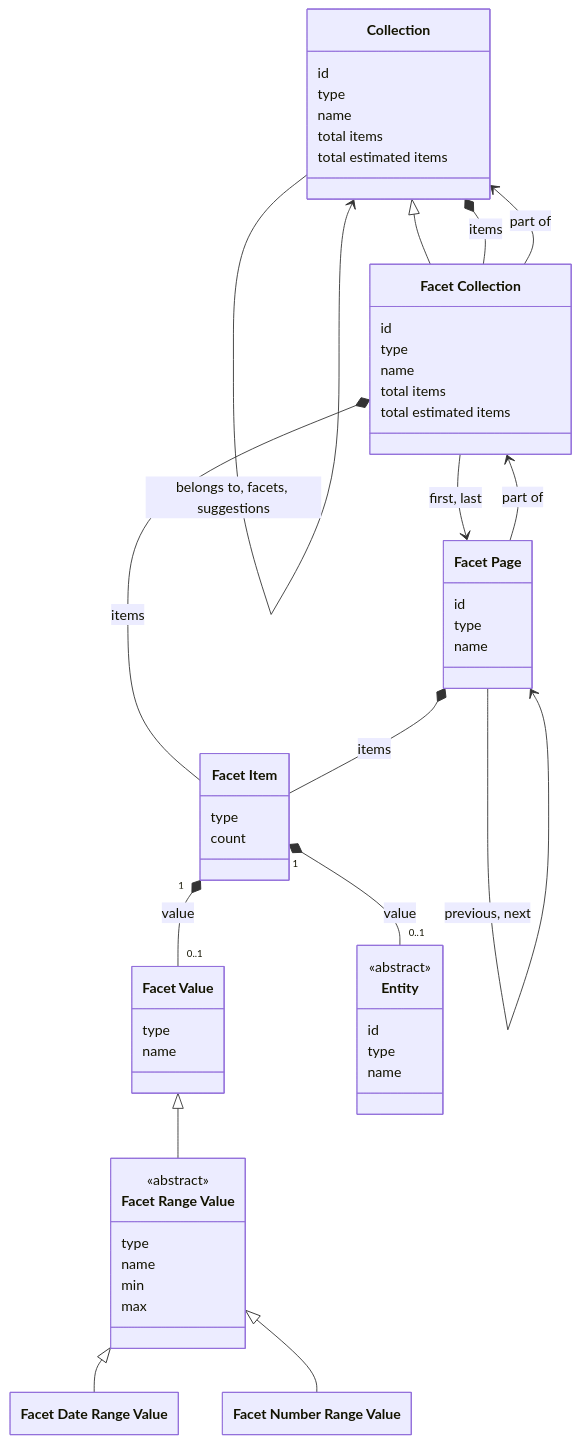
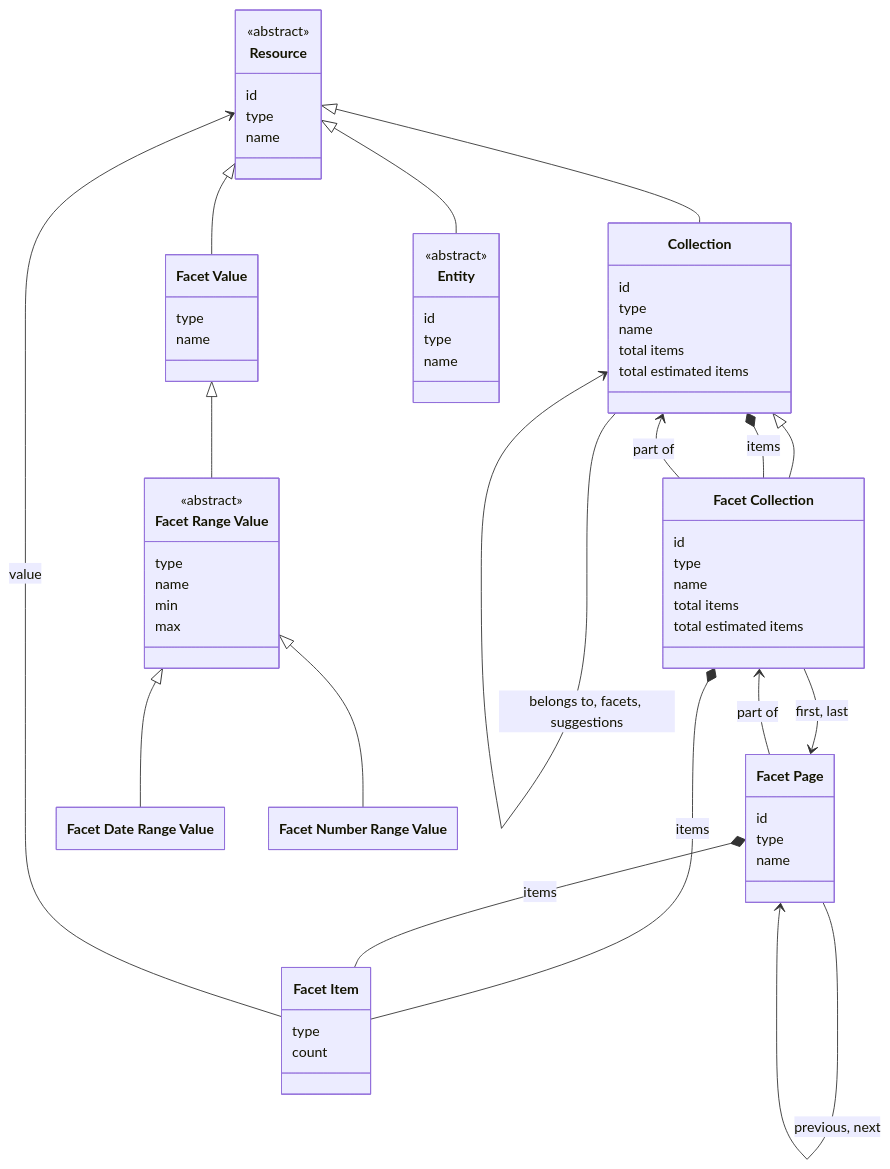
One commit to netwerk-digitaal-erfgoed/netwerk-digitaal-erfgoed.github.io changed the diagram in docs/requirements/data-layer-api/rest/facets.md. Above: the diagram before and after it, drawn with Mermaid. The commit also changed other lines of this file, not shown here.

Commit message:
docs(facets): refactor facet items to use Resource type

````diff
--- a/docs/requirements/data-layer-api/rest/facets.md
+++ b/docs/requirements/data-layer-api/rest/facets.md
@@ -38,73 +39,82 @@
 ```mermaid
 ---
   config:
     class:
       hideEmptyMembersBox: true
 ---
 classDiagram
+
+class Resource["Resource"] {
+  <<abstract>>
+  id
+  type
+  name
+}
 
 class Collection["Collection"] {
   id
   type
   name
   total items
   total estimated items
 }
 
 class FacetCollection["Facet Collection"] {
   id
   type
   name
   total items
   total estimated items
 }
 
 class FacetPage["Facet Page"] {
   id
   type
   name
 }
 
 class FacetItem["Facet Item"] {
   type
   count
 }
 
 class FacetValue["Facet Value"] {
   type
   name
 }
 
 class FacetRangeValue["Facet Range Value"] {
   <<abstract>>
   type
   name
   min
   max
 }
 
 class FacetDateRangeValue["Facet Date Range Value"]
 class FacetNumberRangeValue["Facet Number Range Value"]
 
 class Entity {
   <<abstract>>
   id
   type
   name
 }
 
 Collection <|-- FacetCollection
 FacetValue <|-- FacetRangeValue
 FacetRangeValue <|-- FacetDateRangeValue
 FacetRangeValue <|-- FacetNumberRangeValue
+Resource <|-- FacetValue
+Resource <|-- Entity
+Resource <|-- Collection
 Collection --> Collection : belongs to, facets, suggestions
 Collection *-- FacetCollection : items
 FacetCollection --> Collection : part of
 FacetCollection --> FacetPage : first, last
 FacetCollection *-- FacetItem : items
 FacetPage --> FacetCollection : part of
 FacetPage --> FacetPage : previous, next
 FacetPage *-- FacetItem : items
-FacetItem "1" *-- "0..1" FacetValue : value
-FacetItem "1" *-- "0..1" Entity  : value
+FacetItem --> Resource : value
 ```
````
